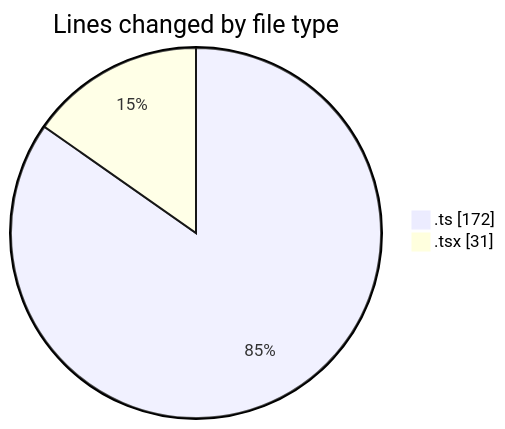
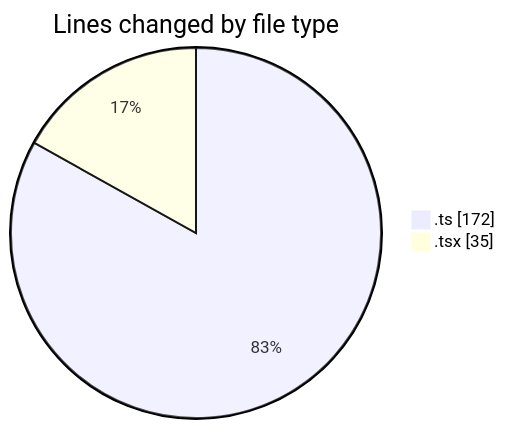
One commit to julien-gomy/code-tracking changed the first of 2 diagrams in 2025-11-26/eventscop-frontend-guide__workspace_/README.md. Above: the diagram before and after it, drawn with Mermaid. The commit also changed other lines of this file and 1 other file, not shown here.

````diff
--- a/2025-11-26/eventscop-frontend-guide__workspace_/README.md
+++ b/2025-11-26/eventscop-frontend-guide__workspace_/README.md
@@ -22,6 +22,6 @@
 ```mermaid
 pie showData
 title Lines changed by file type
 ".ts" : 172
-".tsx" : 31
+".tsx" : 35
 ```
````
